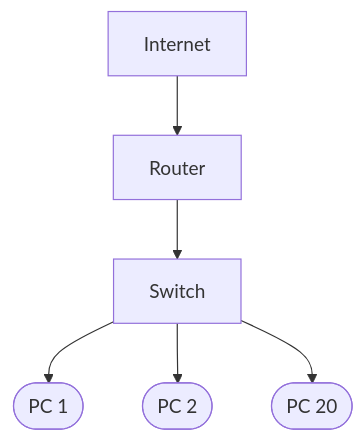
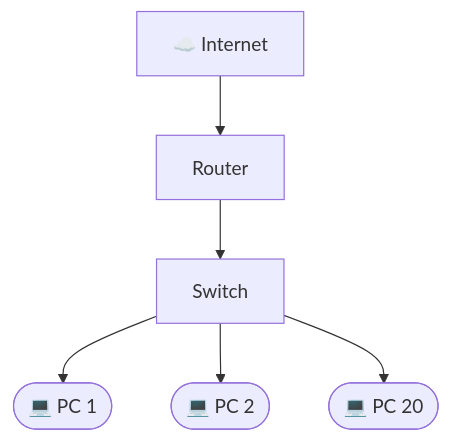
The diagram in Trabajo Práctico N°3.md (mvvillanueva1706-lgtm/Taller-de-Redes-TP-3), drawn with Mermaid before and after one commit.

Commit message:
Update Trabajo Práctico N°3.md

````diff
--- a/Trabajo Práctico N°3.md
+++ b/Trabajo Práctico N°3.md
@@ -52,9 +52,9 @@
 ```mermaid
 flowchart TD
-    A[Internet] --> B[Router]
+    A[☁️ Internet] --> B[Router]
     B --> C[Switch]
 
-    C --> PC1([PC 1])
-    C --> PC2([PC 2])
-    C --> PC20([PC 20])
+    C --> PC1([💻 PC 1])
+    C --> PC2([💻 PC 2])
+    C --> PC20([💻 PC 20])
 ```
````
